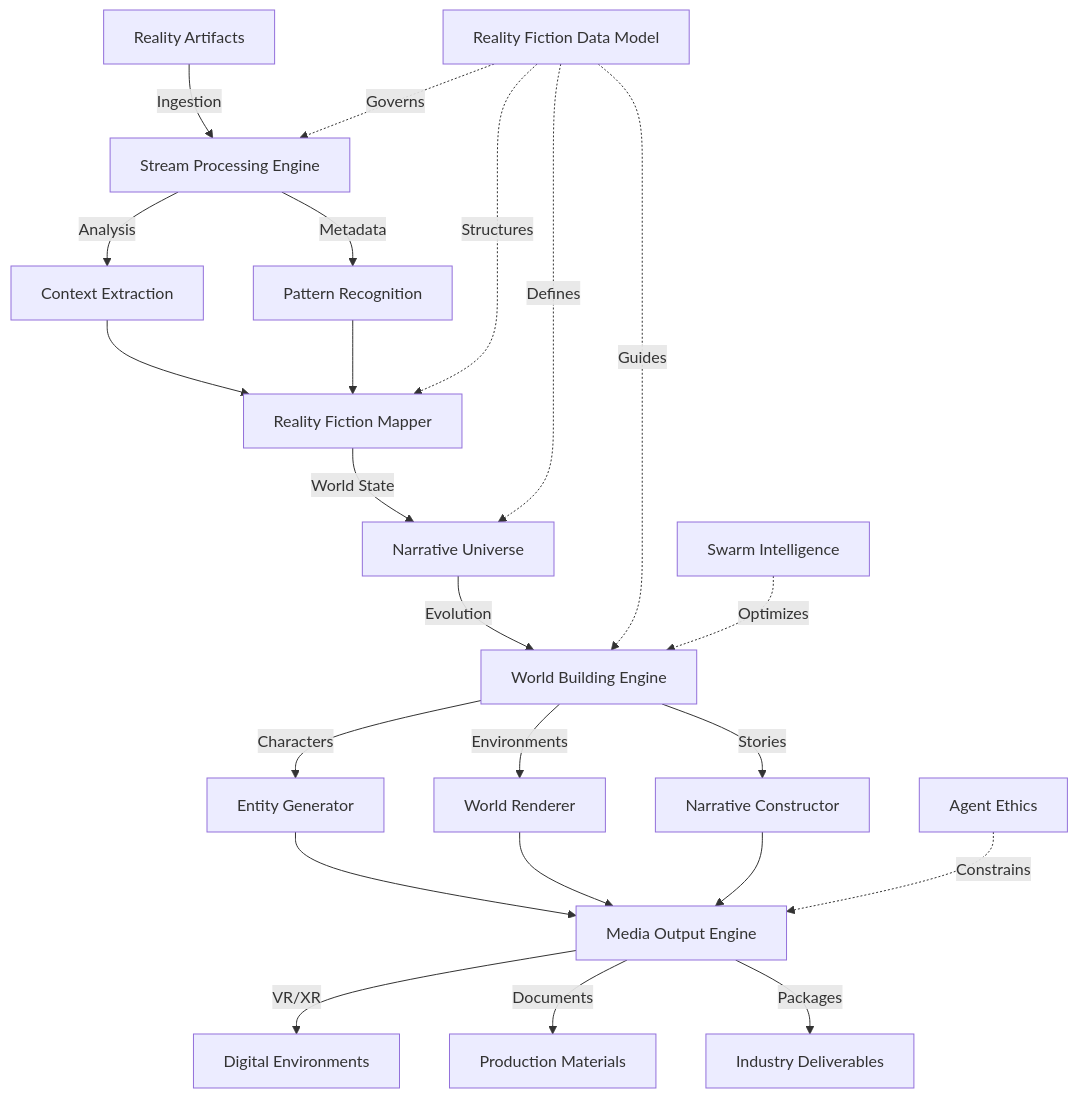
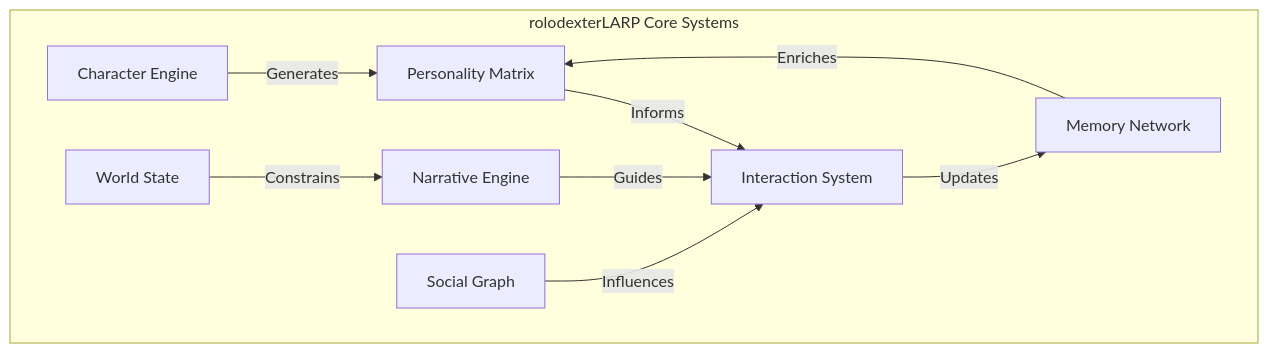
Before and after one commit to rolodexter/rolodexter: the first of 2 diagrams in projects/larp/README.md, drawn with Mermaid. The commit also changed other lines of this file, not shown here.

Commit message:
docs: Add comprehensive rolodexterLARP system architecture and implementation guide

````diff
--- a/projects/larp/README.md
+++ b/projects/larp/README.md
@@ -27,32 +17,13 @@
 ```mermaid
 graph TD
-    A[Reality Artifacts] -->|Ingestion| B[Stream Processing Engine]
-    B -->|Analysis| C[Context Extraction]
-    B -->|Metadata| D[Pattern Recognition]
-    
-    C --> E[Reality Fiction Mapper]
-    D --> E
-    
-    E -->|World State| F[Narrative Universe]
-    F -->|Evolution| G[World Building Engine]
-    
-    G -->|Characters| H[Entity Generator]
-    G -->|Environments| I[World Renderer]
-    G -->|Stories| J[Narrative Constructor]
-    
-    H --> K[Media Output Engine]
-    I --> K
-    J --> K
-    
-    K -->|VR/XR| L[Digital Environments]
-    K -->|Documents| M[Production Materials]
-    K -->|Packages| N[Industry Deliverables]
-    
-    O[Reality Fiction Data Model] -.->|Governs| B
-    O -.->|Structures| E
-    O -.->|Defines| F
-    O -.->|Guides| G
-    
-    P[Swarm Intelligence] -.->|Optimizes| G
-    Q[Agent Ethics] -.->|Constrains| K
+    subgraph "rolodexterLARP Core Systems"
+        A[Character Engine] -->|Generates| B[Personality Matrix]
+        B -->|Informs| C[Interaction System]
+        C -->|Updates| D[Memory Network]
+        D -->|Enriches| B
+        
+        E[Narrative Engine] -->|Guides| C
+        F[World State] -->|Constrains| E
+        G[Social Graph] -->|Influences| C
+    end
 ```
````
